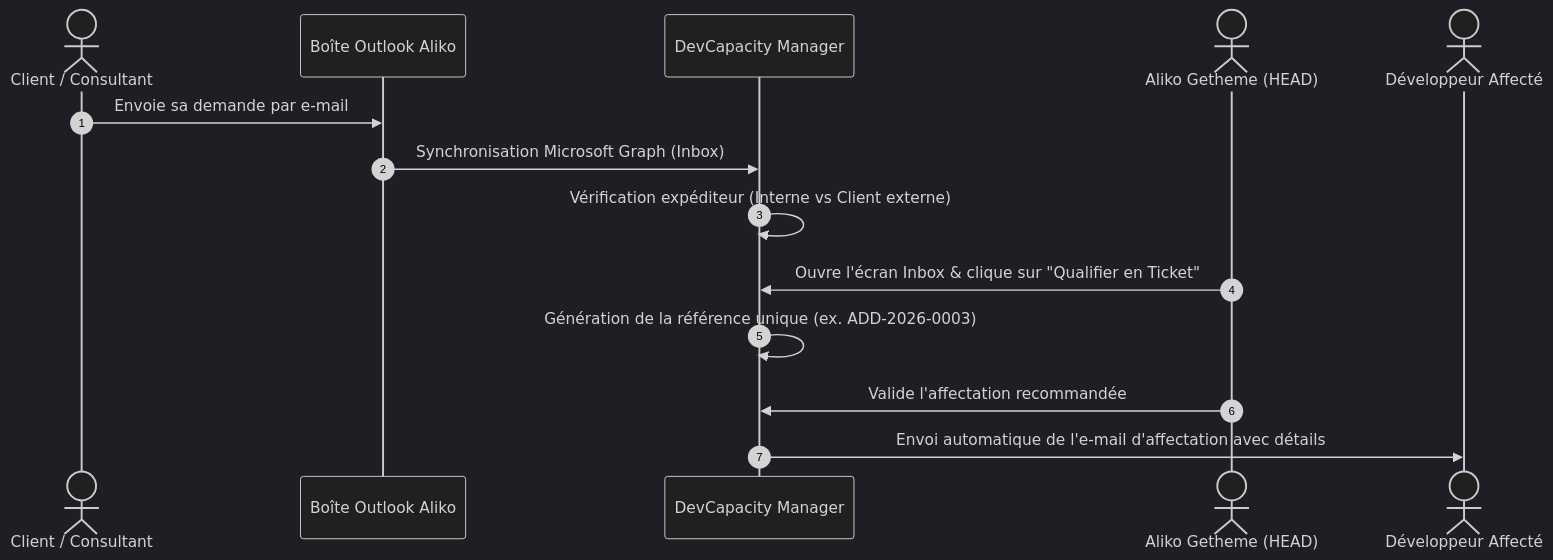
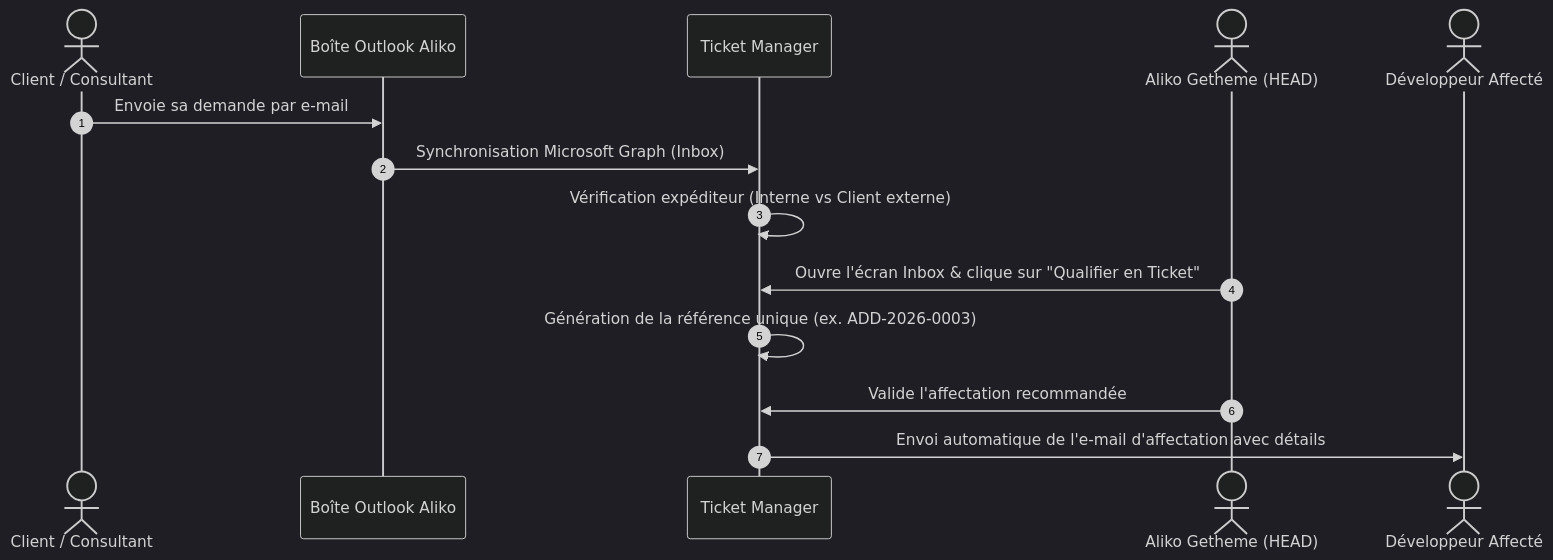
One commit to MohaDicko/gestion_ticketSAFIR changed the diagram in CAHIER_DE_CHARGE.md. Above: the diagram before and after it, drawn with Mermaid (dark theme). The commit also changed other lines of this file, not shown here.

Commit message:
docs: mise a jour complete du cahier des charges Ticket Manager (livrables, equipe reelle, vercel et interface authentique)

````diff
--- a/CAHIER_DE_CHARGE.md
+++ b/CAHIER_DE_CHARGE.md
@@ -97,17 +97,17 @@
 ```mermaid
 sequenceDiagram
     autonumber
     actor Client as Client / Consultant
     participant M365 as Boîte Outlook Aliko
-    participant App as DevCapacity Manager
+    participant App as Ticket Manager
     actor Aliko as Aliko Getheme (HEAD)
     actor Dev as Développeur Affecté
 
     Client->>M365: Envoie sa demande par e-mail
     M365->>App: Synchronisation Microsoft Graph (Inbox)
     App->>App: Vérification expéditeur (Interne vs Client externe)
     Aliko->>App: Ouvre l'écran Inbox & clique sur "Qualifier en Ticket"
     App->>App: Génération de la référence unique (ex. ADD-2026-0003)
     Aliko->>App: Valide l'affectation recommandée
     App->>Dev: Envoi automatique de l'e-mail d'affectation avec détails
 ```
````
